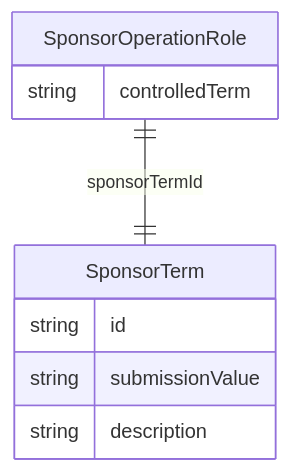
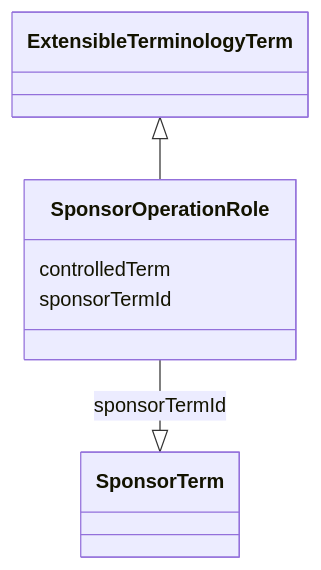
The diagram in project/docs/SponsorOperationRole.md (cdisc-org/analysis-results-standard), drawn with Mermaid before and after one commit. The commit also changed 256 other files, not shown here.

Commit message:
Documentation diagrams

````diff
--- a/project/docs/SponsorOperationRole.md
+++ b/project/docs/SponsorOperationRole.md
@@ -13,14 +15,13 @@
 ```mermaid
-erDiagram
-SponsorOperationRole {
-    string controlledTerm  
-}
-SponsorTerm {
-    string id  
-    string submissionValue  
-    string description  
-}
-
-SponsorOperationRole ||--|| SponsorTerm : "sponsorTermId"
-
+ classDiagram
+    class SponsorOperationRole
+      ExtensibleTerminologyTerm <|-- SponsorOperationRole
+      
+      SponsorOperationRole : controlledTerm
+        
+      SponsorOperationRole : sponsorTermId
+        
+          SponsorOperationRole --|> SponsorTerm : sponsorTermId
+        
+      
 ```
````
